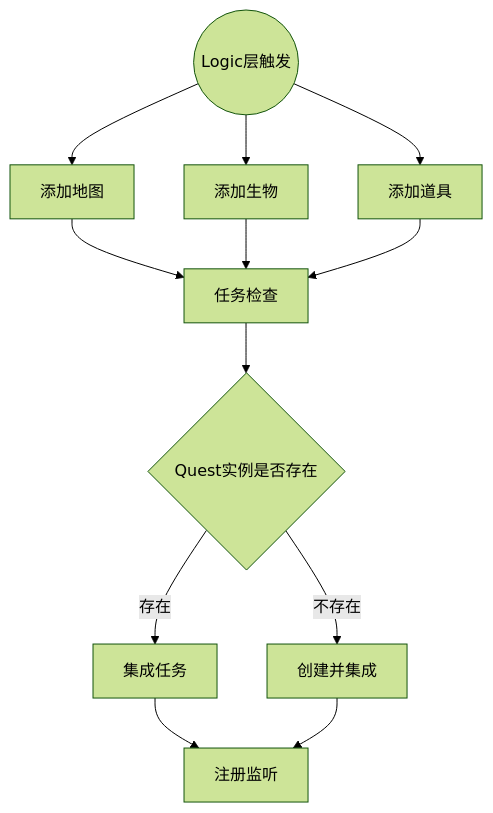
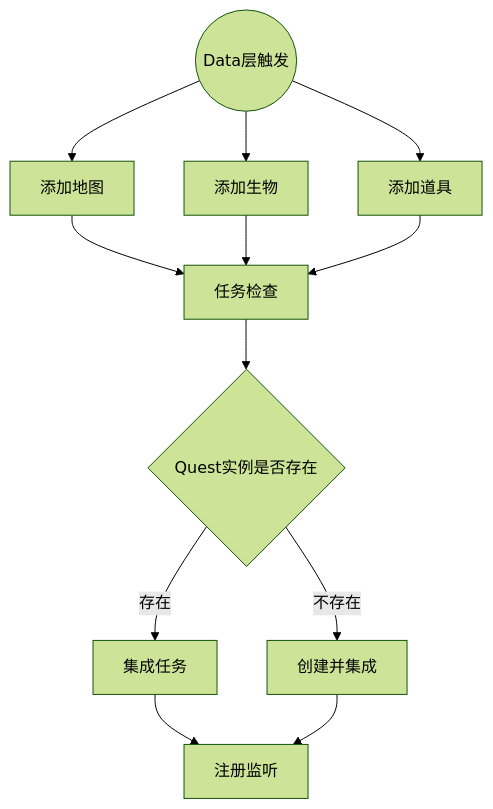
One commit to zlex001/LOA-Server changed the first of 3 diagrams in Documents/System/任务系统.md. Above: the diagram before and after it, drawn with Mermaid (forest theme). The commit also changed other lines of this file and 639 other files, not shown here.

````diff
--- a/Documents/System/任务系统.md
+++ b/Documents/System/任务系统.md
@@ -11,14 +11,14 @@
 ```mermaid
 graph TD
-    A(("Logic层触发")) --> B["添加地图"]
+    A(("Data层触发")) --> B["添加地图"]
     A --> C["添加生物"] 
     A --> D["添加道具"]
     B --> E["任务检查"]
     C --> E
     D --> E
     E --> F{Quest实例是否存在}
     F -->|存在| G["集成任务"]
     F -->|不存在| H["创建并集成"]
     G --> I["注册监听"]
     H --> I
 ```
````
